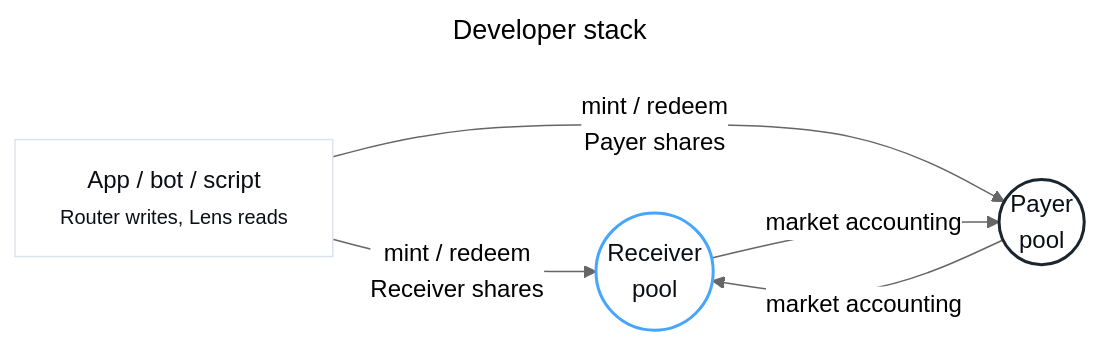
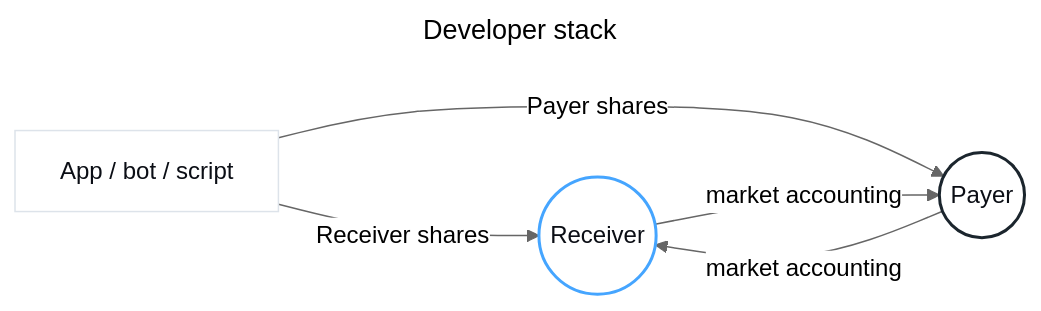
Before and after one commit to Null-Solutions/v1-docs: the diagram in diagrams/developer-stack.mmd, drawn with Mermaid (neutral theme). The commit also changed 12 other files, not shown here.

Commit message:
Fix docs diagram text rendering

```diff
--- a/diagrams/developer-stack.mmd
+++ b/diagrams/developer-stack.mmd
@@ -1,19 +1,19 @@
 ---
 title: Developer stack
 ---
 flowchart LR
-  app["App / bot / script<br/><small>Router writes, Lens reads</small>"]
-  receiver(("Receiver<br/>pool"))
-  payer(("Payer<br/>pool"))
+  app["App / bot / script"]
+  receiver(("Receiver"))
+  payer(("Payer"))
 
-  app -- "mint / redeem<br/>Receiver shares" --> receiver
-  app -- "mint / redeem<br/>Payer shares" --> payer
+  app -- "Receiver shares" --> receiver
+  app -- "Payer shares" --> payer
   receiver -- "market accounting" --> payer
   payer -- "market accounting" --> receiver
 
   classDef panel fill:#FFFFFF,color:#0B0E15,stroke:#DDE3EA,stroke-width:1px;
   classDef receiver fill:#FFFFFF,color:#0B0E15,stroke:#45A5FF,stroke-width:2px;
   classDef payer fill:#FFFFFF,color:#0B0E15,stroke:#1B252D,stroke-width:2px;
   class app panel;
   class receiver receiver;
   class payer payer;
```
